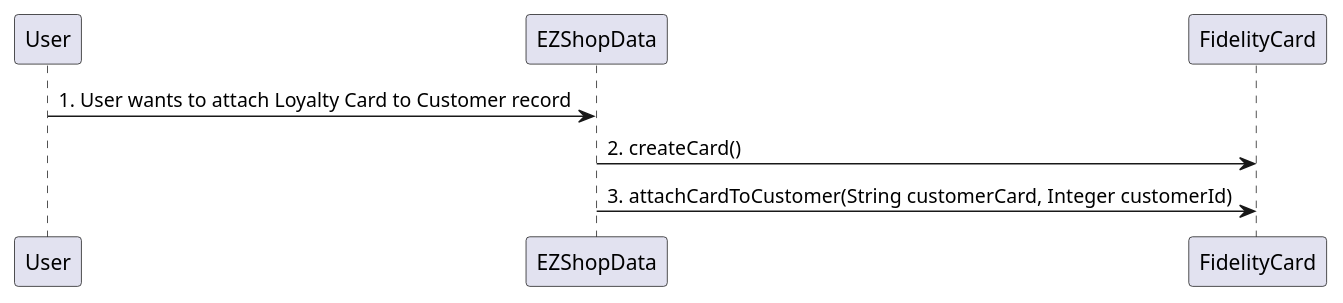
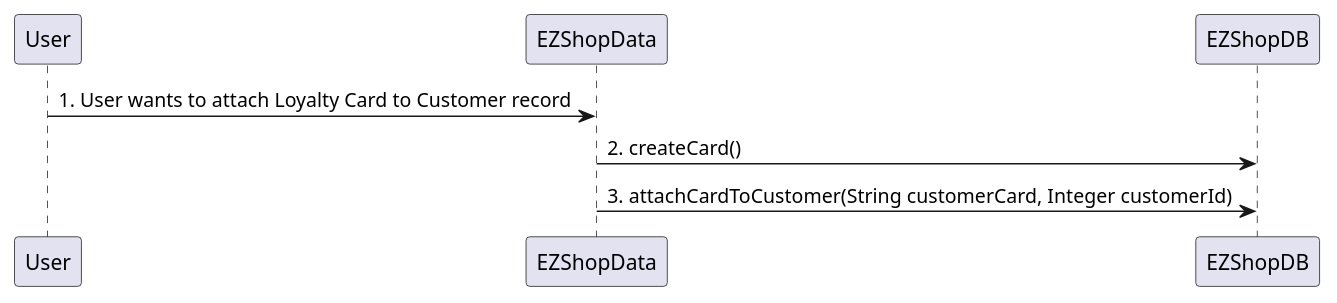
Diagram 13 of 31 in Deliverables/DesignDocument.md (djemar/softeng_ezshop), drawn with PlantUML before and after one commit. The commit also changed other lines of this file, not shown here.

Commit message:
modified Verification sequence diagrams

````diff
--- a/Deliverables/DesignDocument.md
+++ b/Deliverables/DesignDocument.md
@@ -363,6 +366,6 @@
 ```plantuml
 "User" -> "EZShopData" : 1. User wants to attach Loyalty Card to Customer record
-"EZShopData" -> "FidelityCard" : 2. createCard()
-"EZShopData" -> "FidelityCard" : 3. attachCardToCustomer(String customerCard, Integer customerId)
+"EZShopData" -> "EZShopDB" : 2. createCard()
+"EZShopData" -> "EZShopDB" : 3. attachCardToCustomer(String customerCard, Integer customerId)
 
 ```
````
